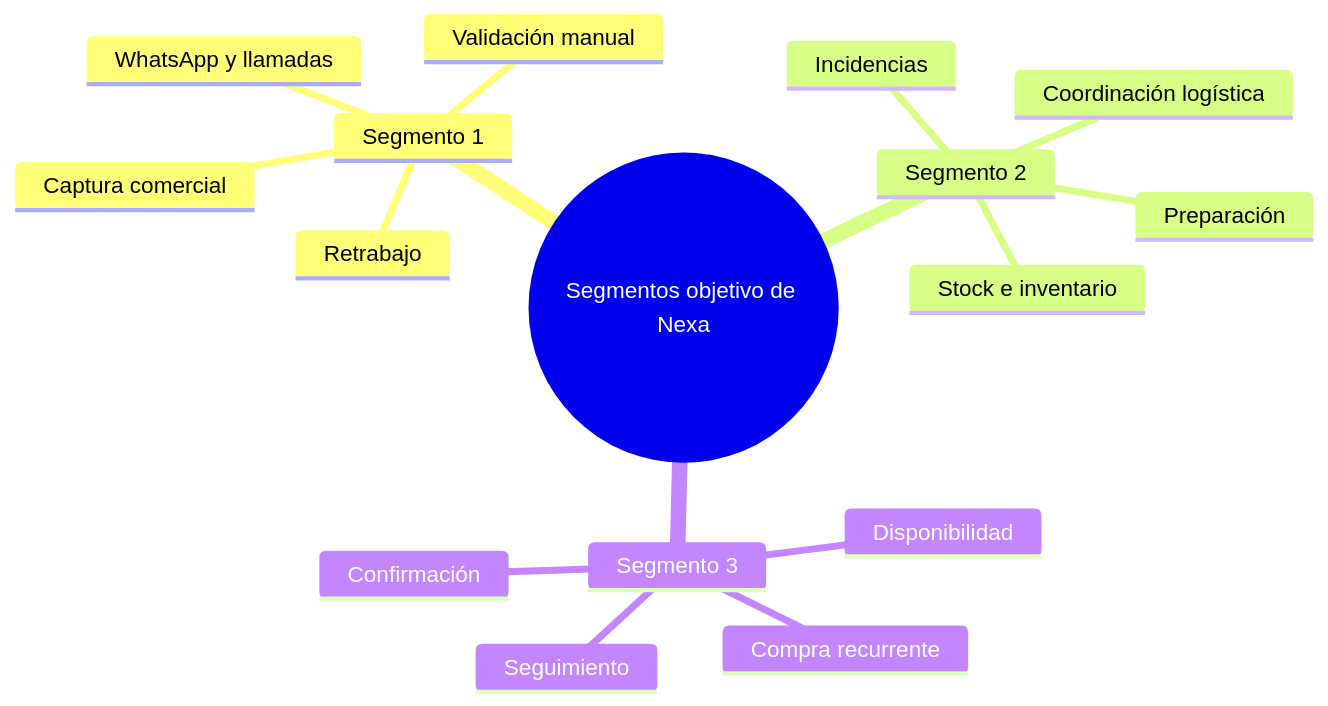
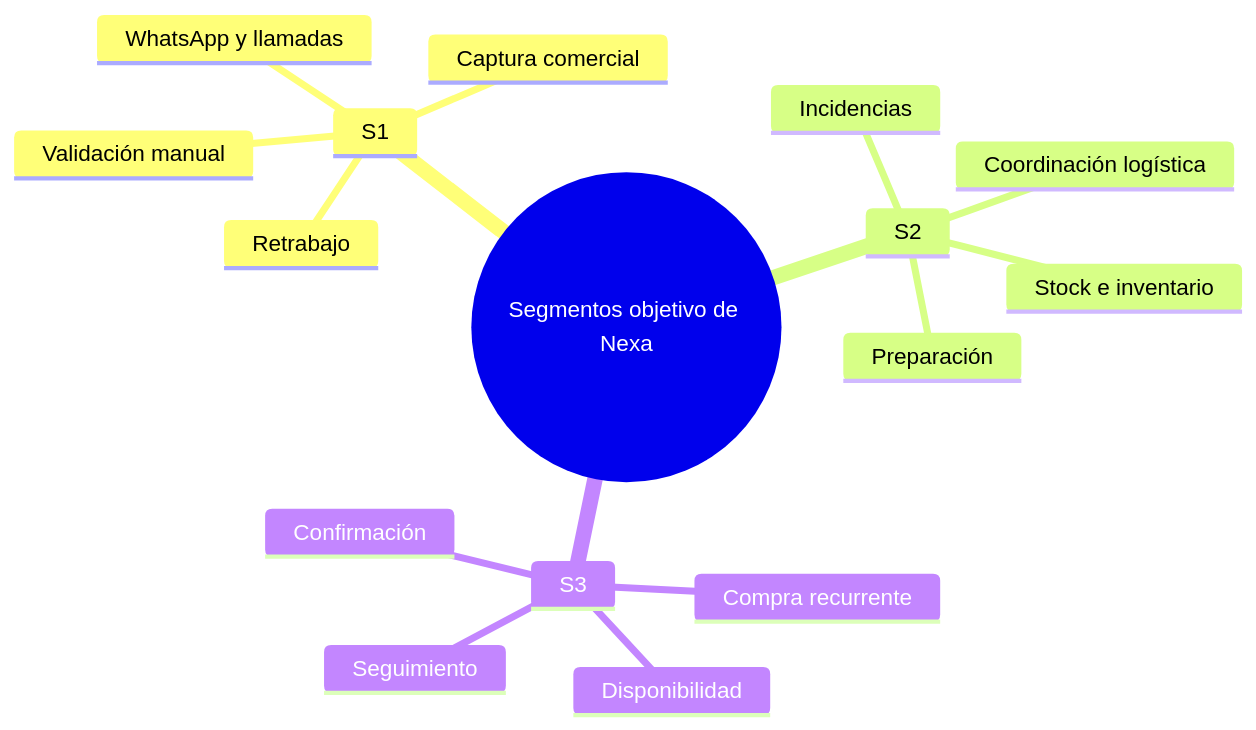
One commit to upc-pre-202610-1asi0730-12242-king/nexa-ecosystem-report changed the second of 3 diagrams in report/10-chapter-1-introduction/1-3-target-segments.md. Above: the diagram before and after it, drawn with Mermaid. The commit also changed other lines of this file and 20 other files, not shown here.

````diff
--- a/report/10-chapter-1-introduction/1-3-target-segments.md
+++ b/report/10-chapter-1-introduction/1-3-target-segments.md
@@ -65,19 +65,19 @@
 ```mermaid
 mindmap
   root((Segmentos objetivo de Nexa))
-    Segmento 1
+    S1
       Captura comercial
       WhatsApp y llamadas
       Validación manual
       Retrabajo
-    Segmento 2
+    S2
       Coordinación logística
       Stock e inventario
       Preparación
       Incidencias
-    Segmento 3
+    S3
       Compra recurrente
       Disponibilidad
       Confirmación
       Seguimiento
 ```
````
